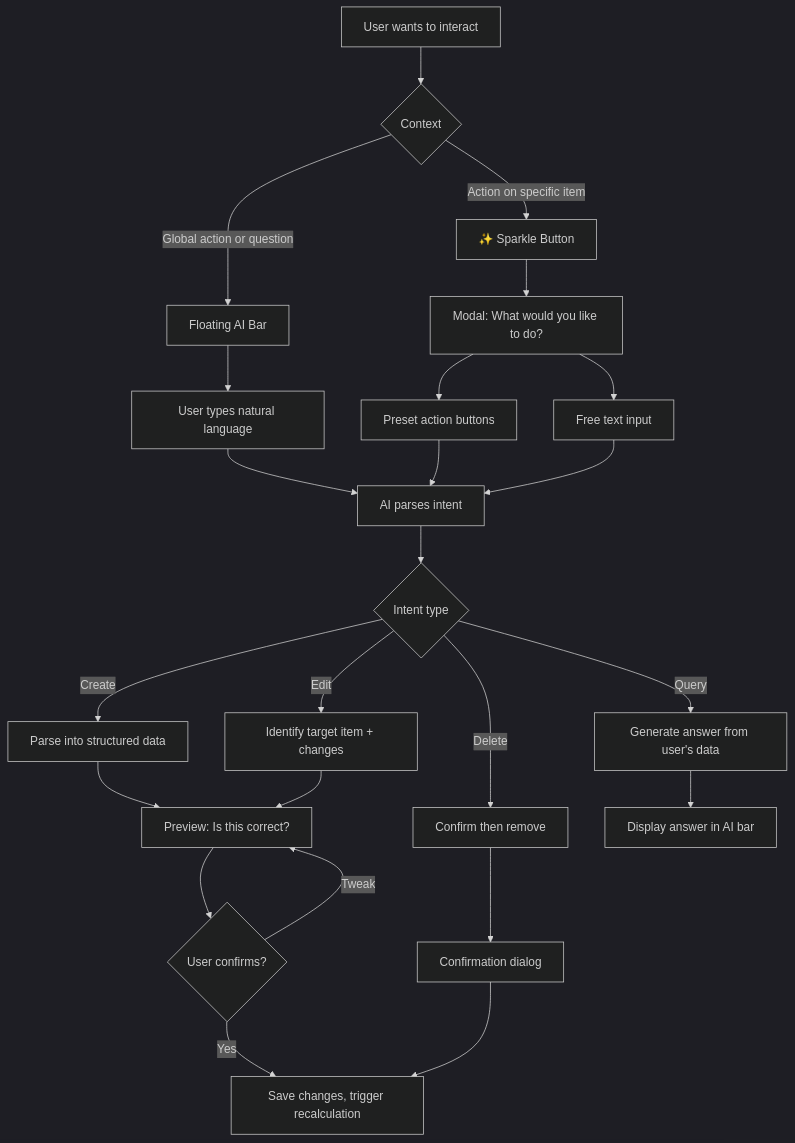
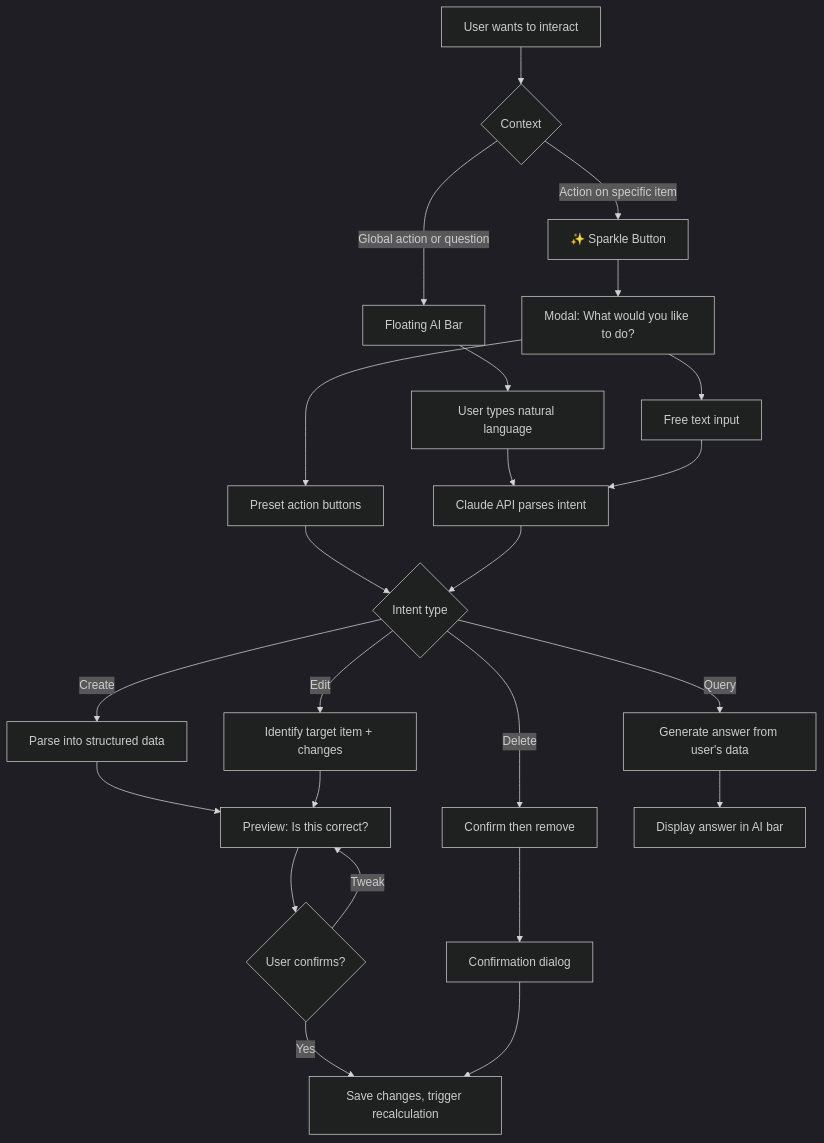
Before and after one commit to bendechrai/budget-tracker: the diagram in specs/09-ai-interaction.md, drawn with Mermaid (dark theme). The commit also changed other lines of this file and 3 other files, not shown here.

First line of the commit message:
Update specs to explicitly require Claude API for NL parsing

````diff
--- a/specs/09-ai-interaction.md
+++ b/specs/09-ai-interaction.md
@@ -9,31 +11,32 @@
 ```mermaid
 flowchart TD
     A[User wants to interact] --> B{Context}
 
     B -->|Global action or question| C[Floating AI Bar]
     B -->|Action on specific item| D[✨ Sparkle Button]
 
     C --> E[User types natural language]
-    E --> F[AI parses intent]
+    E --> F[Claude API parses intent]
 
     D --> G[Modal: What would you like to do?]
     G --> H[Preset action buttons]
     G --> I[Free text input]
-    H --> F
+    H --> J{Intent type}
     I --> F
 
-    F --> J{Intent type}
+    F --> J
+
     J -->|Create| K[Parse into structured data]
     J -->|Edit| L[Identify target item + changes]
     J -->|Query| M[Generate answer from user's data]
     J -->|Delete| N[Confirm then remove]
 
     K --> O[Preview: Is this correct?]
     L --> O
     O --> P{User confirms?}
     P -->|Yes| Q[Save changes, trigger recalculation]
     P -->|Tweak| O
     N --> R[Confirmation dialog]
     R --> Q
     M --> S[Display answer in AI bar]
 ```
````
